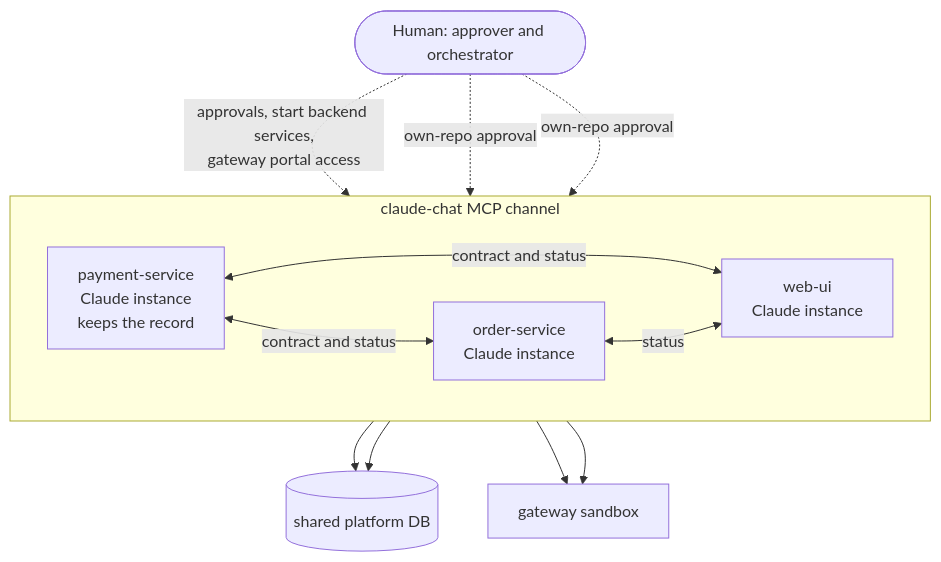
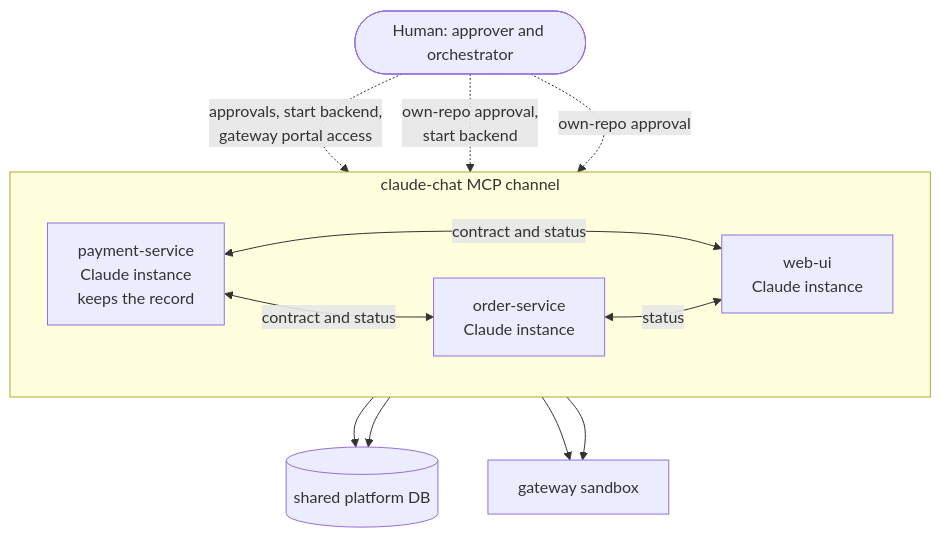
The first of 6 diagrams in _posts/2026-06-18-three-claude-code-instances-one-feature.md (vikrantjain/vikrantjain.github.io), drawn with Mermaid before and after one commit. The commit also changed other lines of this file, not shown here.

````diff
--- a/_posts/2026-06-18-three-claude-code-instances-one-feature.md
+++ b/_posts/2026-06-18-three-claude-code-instances-one-feature.md
@@ -55,24 +56,24 @@
 ```mermaid
 flowchart TB
     U([Human: approver and orchestrator])
 
     subgraph CH[claude-chat MCP channel]
       direction LR
       PAY[payment-service<br/>Claude instance<br/>keeps the record]
       SO[order-service<br/>Claude instance]
       UI[web-ui<br/>Claude instance]
     end
 
-    U -. approvals, start backend services,<br/>gateway portal access .-> PAY
-    U -. own-repo approval .-> SO
+    U -. approvals, start backend,<br/>gateway portal access .-> PAY
+    U -. own-repo approval,<br/>start backend .-> SO
     U -. own-repo approval .-> UI
 
     PAY <-->|contract and status| SO
     PAY <-->|contract and status| UI
     SO <-->|status| UI
 
     PAY --> DB[(shared platform DB)]
     SO --> DB
     PAY --> GW[gateway sandbox]
     UI --> GW
 ```
````
